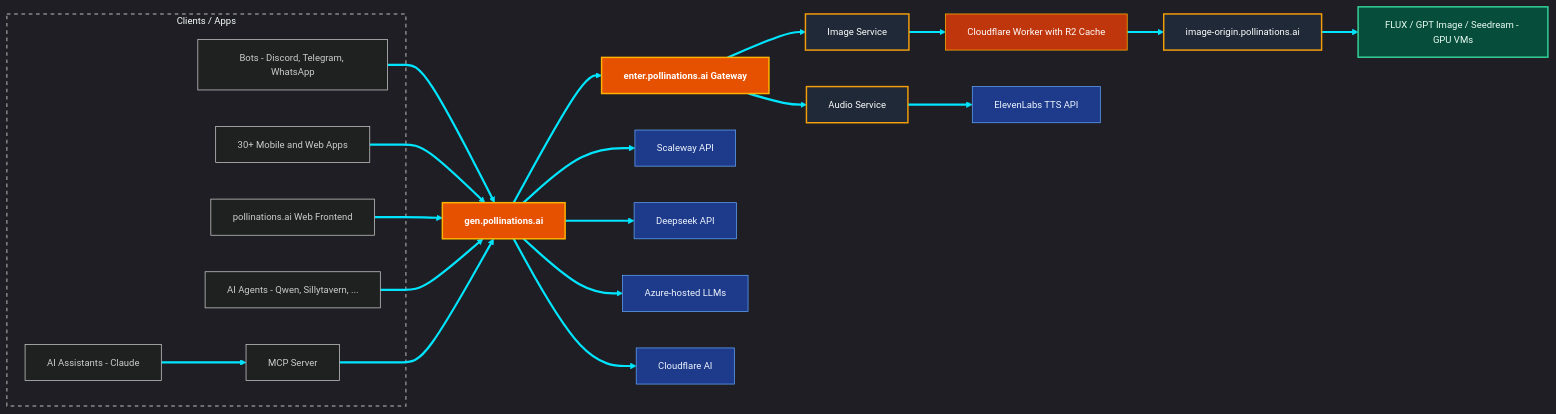
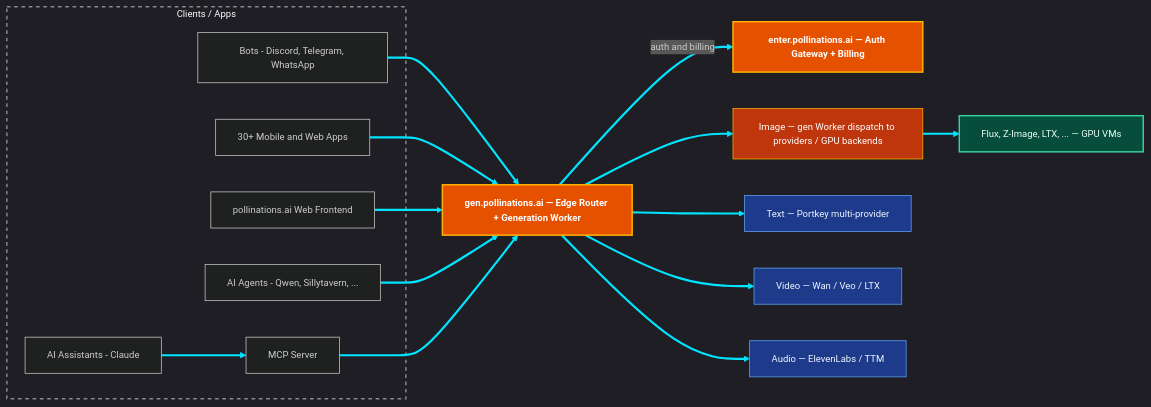
Before and after one commit to pollinations/pollinations: the diagram in README.md, drawn with Mermaid. The commit also changed other lines of this file, not shown here.

Commit message:
docs: update README links, architecture, and structure
- Fix pollinations.ai frontend link (./app/ -> ./pollinations.ai/)
- Replace deprecated /p/ image URLs with gen.pollinations.ai/image
- Refresh architecture diagram for current gen/enter routing
- Add enter, shared, apps, social to project structure
- Drop stale MentatBot references (Polli assistant)

````diff
--- a/README.md
+++ b/README.md
@@ -284,46 +284,38 @@
 ```mermaid
 %%{init: {'theme': 'dark', 'themeVariables': { 'background': '#1a1a1a', 'primaryColor': '#2a2a2a', 'primaryBorderColor': '#555555', 'primaryTextColor': '#eeeeee', 'lineColor': '#00e5ff', 'clusterBkg': 'transparent', 'clusterBorder': '#888888', 'fontSize': '13px', 'fontFamily': 'Inter, system-ui, sans-serif'}}}%%
 
 graph LR
     subgraph CLIENTS["Clients / Apps"]
         Q[Bots - Discord, Telegram, WhatsApp]
         N[30+ Mobile and Web Apps]
         A[pollinations.ai Web Frontend]
         R[AI Agents - Qwen, Sillytavern, ...]
         AI[AI Assistants - Claude]
         MCP[MCP Server]
     end
 
     AI --> MCP
     Q --> GEN
     N --> GEN
     A --> GEN
     R --> GEN
     MCP --> GEN
 
-    GEN["gen.pollinations.ai"]:::cfWorker --> ENTER["enter.pollinations.ai Gateway"]:::cfWorker
+    GEN["gen.pollinations.ai — Edge Router + Generation Worker"]:::cfWorker -->|auth and billing| ENTER["enter.pollinations.ai — Auth Gateway + Billing"]:::cfWorker
 
-    ENTER --> IMG["Image Service"]:::ec2
-    ENTER --> AUD["Audio Service"]:::ec2
+    GEN --> IMG["Image — gen Worker dispatch to providers / GPU backends"]:::cfWorkerLight
+    IMG --> D["Flux, Z-Image, LTX, ... — GPU VMs"]:::gpuNode
 
-    IMG --> CF["Cloudflare Worker with R2 Cache"]:::cfWorkerLight
-    CF --> B["image-origin.pollinations.ai"]:::ec2
-    B --> D["FLUX / GPT Image / Seedream - GPU VMs"]:::gpuNode
-
-    AUD --> EL["ElevenLabs TTS API"]:::provider
-
-    GEN --> SC["Scaleway API"]:::provider
-    GEN --> DS["Deepseek API"]:::provider
-    GEN --> G["Azure-hosted LLMs"]:::provider
-    GEN --> CFM["Cloudflare AI"]:::provider
+    GEN --> TXT["Text — Portkey multi-provider"]:::provider
+    GEN --> VID["Video — Wan / Veo / LTX"]:::provider
+    GEN --> AUD["Audio — ElevenLabs / TTM"]:::provider
 
     style CLIENTS fill:none,stroke:#888,stroke-width:2px,stroke-dasharray: 5 5
 
     linkStyle default stroke-width:3px,stroke:#00E5FF
 
     classDef cfWorker fill:#E65100,color:#fff,stroke:#FFB300,stroke-width:2px,font-weight:bold
     classDef cfWorkerLight fill:#BF360C,color:#fff,stroke:#FFB300,stroke-width:1px
-    classDef ec2 fill:#1F2937,color:#fff,stroke:#F59E0B,stroke-width:2px
     classDef gpuNode fill:#064E3B,stroke:#34D399,color:#ECFDF5,stroke-width:2px
     classDef provider fill:#1E3A8A,stroke:#60A5FA,color:#EFF6FF,stroke-width:1px
 ```
````
